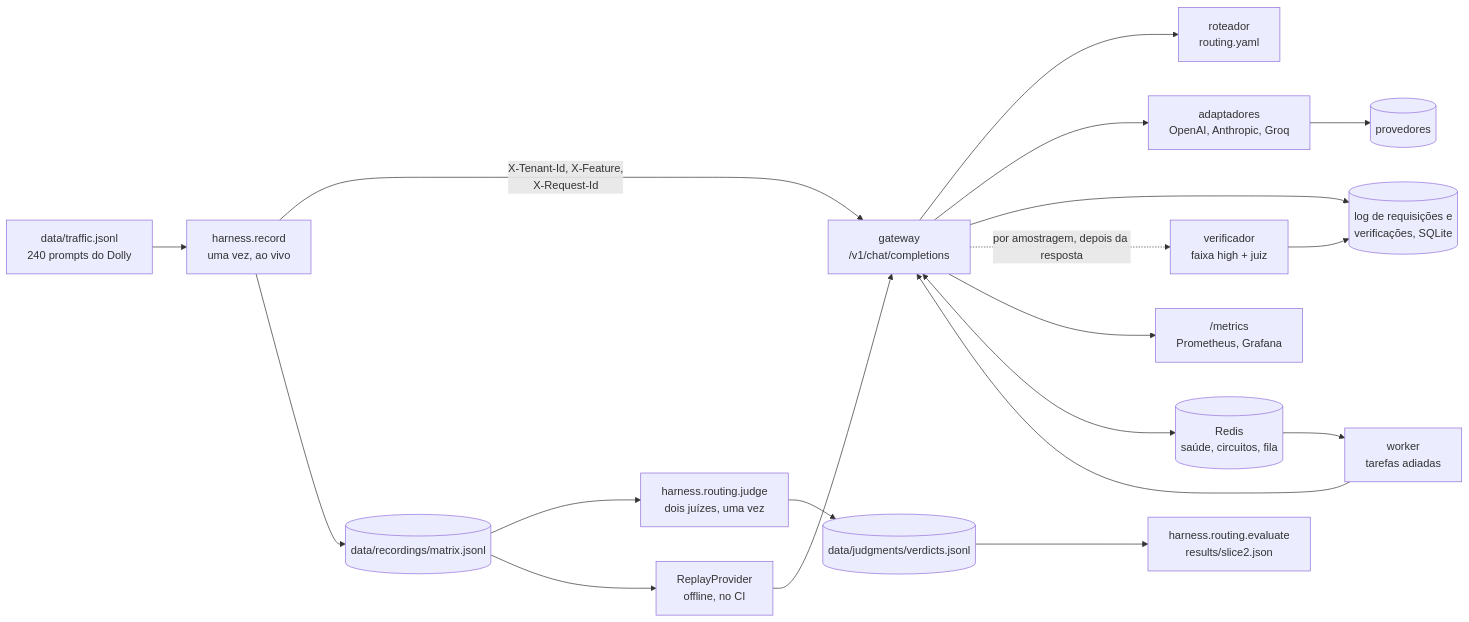
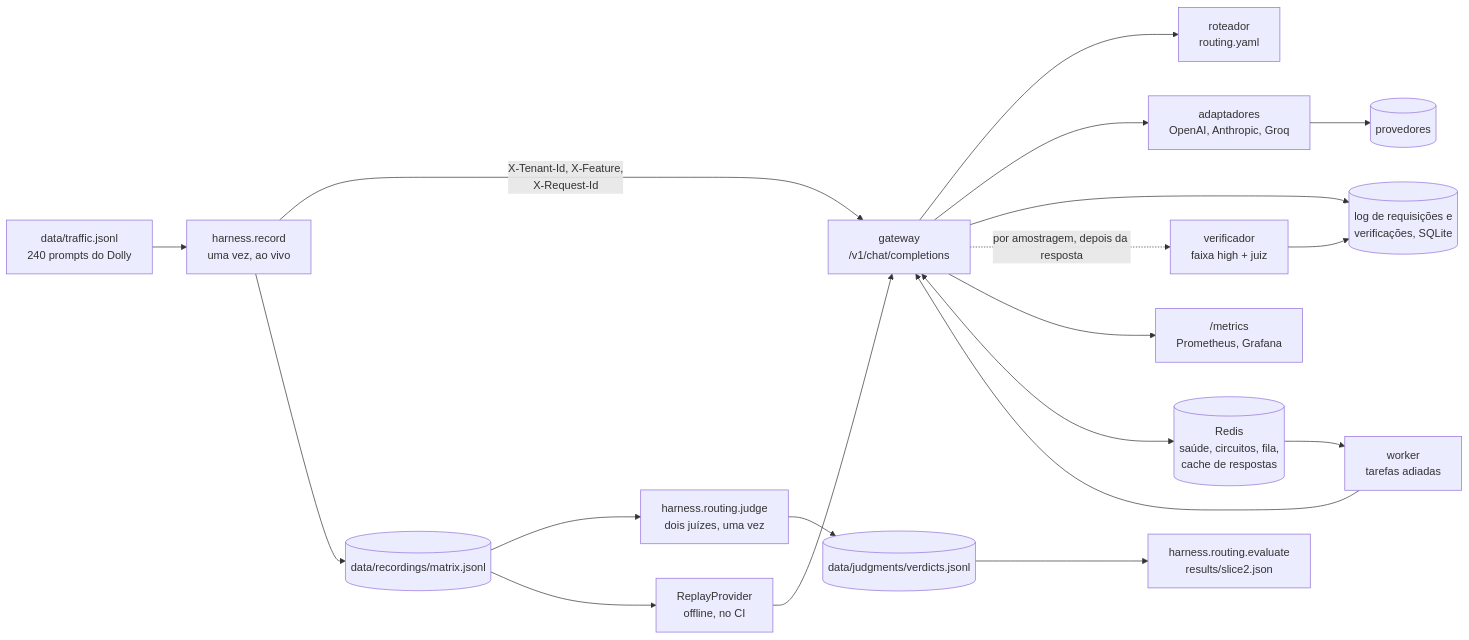
One commit to yagosamu/llm-gateway changed the diagram in README.pt-br.md. Above: the diagram before and after it, drawn with Mermaid. The commit also changed other lines of this file and 1 other file, not shown here.

````diff
--- a/README.pt-br.md
+++ b/README.pt-br.md
@@ -110,21 +144,21 @@
 ```mermaid
 flowchart LR
     T["data/traffic.jsonl<br/>240 prompts do Dolly"] --> R["harness.record<br/>uma vez, ao vivo"]
     R -- "X-Tenant-Id, X-Feature,<br/>X-Request-Id" --> G["gateway<br/>/v1/chat/completions"]
     G --> RT["roteador<br/>routing.yaml"]
     G --> AD["adaptadores<br/>OpenAI, Anthropic, Groq"]
     AD --> P[("provedores")]
     G --> L[("log de requisições e<br/>verificações, SQLite")]
     G -. "por amostragem, depois da resposta" .-> V["verificador<br/>faixa high + juiz"]
     V --> L
     G --> M["/metrics<br/>Prometheus, Grafana"]
-    G <--> RD[("Redis<br/>saúde, circuitos, fila")]
+    G <--> RD[("Redis<br/>saúde, circuitos, fila,<br/>cache de respostas")]
     RD --> WK["worker<br/>tarefas adiadas"]
     WK --> G
     R --> X[("data/recordings/matrix.jsonl")]
     X --> J["harness.routing.judge<br/>dois juízes, uma vez"]
     J --> VD[("data/judgments/verdicts.jsonl")]
     X --> RP["ReplayProvider<br/>offline, no CI"]
     RP --> G
     VD --> EV["harness.routing.evaluate<br/>results/slice2.json"]
 ```
````
